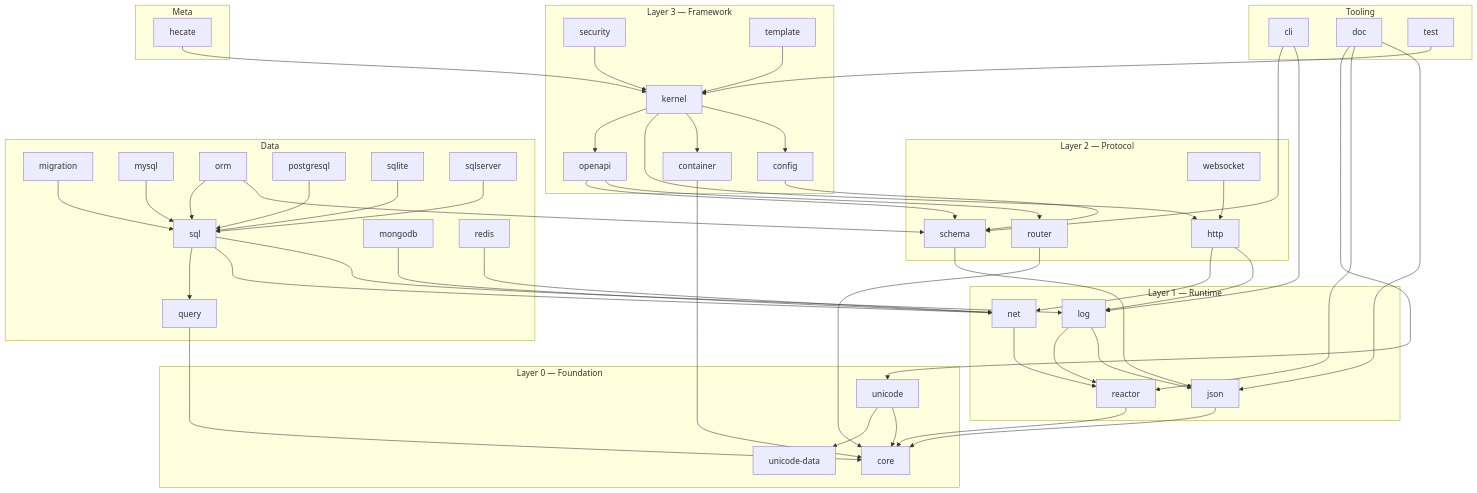
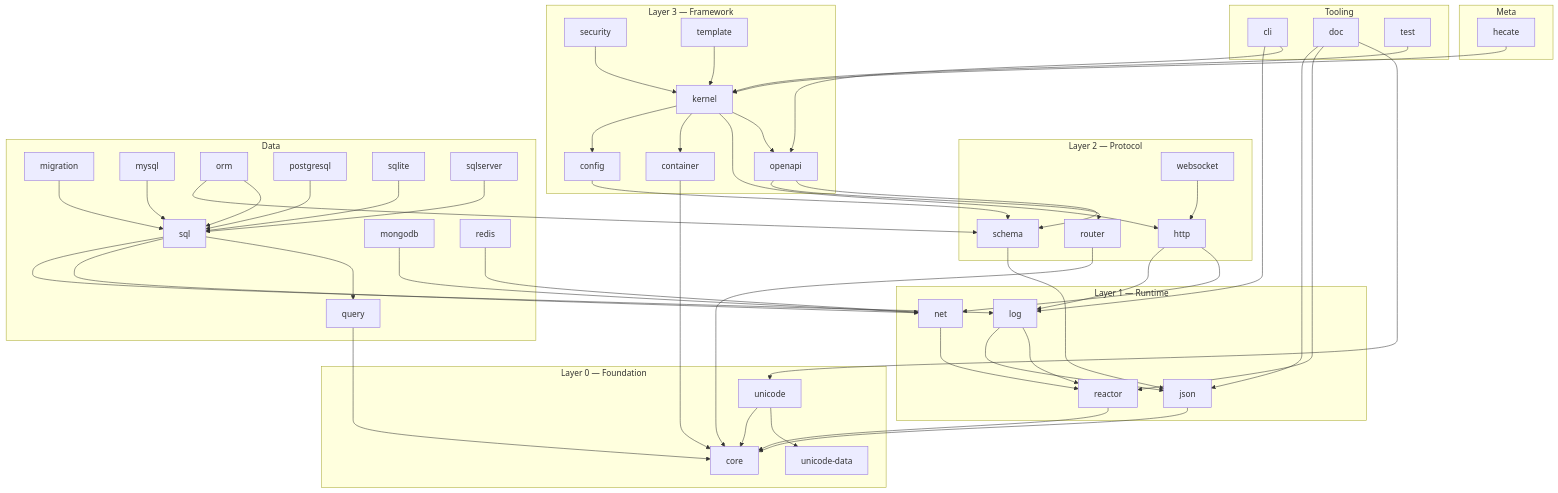
One commit to hecate-framework/hecate changed the first of 2 diagrams in docs/architecture/overview.md. Above: the diagram before and after it, drawn with Mermaid.

Commit message:
docs(cli): regenerate the dependency graph after the openapi dependency
Claude-Session: https://claude.ai/code/session_01Mdjhq4hkJvVGAXvkLSzmab

````diff
--- a/docs/architecture/overview.md
+++ b/docs/architecture/overview.md
@@ -10,61 +10,61 @@
 ```mermaid
 flowchart TB
   subgraph L0[Layer 0 — Foundation]
     core
     unicode --> core
     unicode --> unicode-data
     unicode-data
   end
   subgraph L1[Layer 1 — Runtime]
     json --> core
     log --> json
     log --> reactor
     net --> reactor
     reactor --> core
   end
   subgraph L2[Layer 2 — Protocol]
     http --> log
     http --> net
     router --> core
     schema --> json
     websocket --> http
   end
   subgraph L3[Layer 3 — Framework]
     config --> schema
     container --> core
     kernel --> config
     kernel --> container
     kernel --> http
     kernel --> openapi
     openapi --> router
     openapi --> schema
     security --> kernel
     template --> kernel
   end
   subgraph D[Data]
     migration --> sql
     mongodb --> net
     mysql --> sql
     orm --> schema
     orm --> sql
     postgresql --> sql
     query --> core
     redis --> net
     sql --> log
     sql --> net
     sql --> query
     sqlite --> sql
     sqlserver --> sql
   end
   subgraph T[Tooling]
     cli --> log
-    cli --> schema
+    cli --> openapi
     doc --> json
     doc --> reactor
     doc --> unicode
     test --> kernel
   end
   subgraph M[Meta]
     hecate --> kernel
   end
 ```
````
